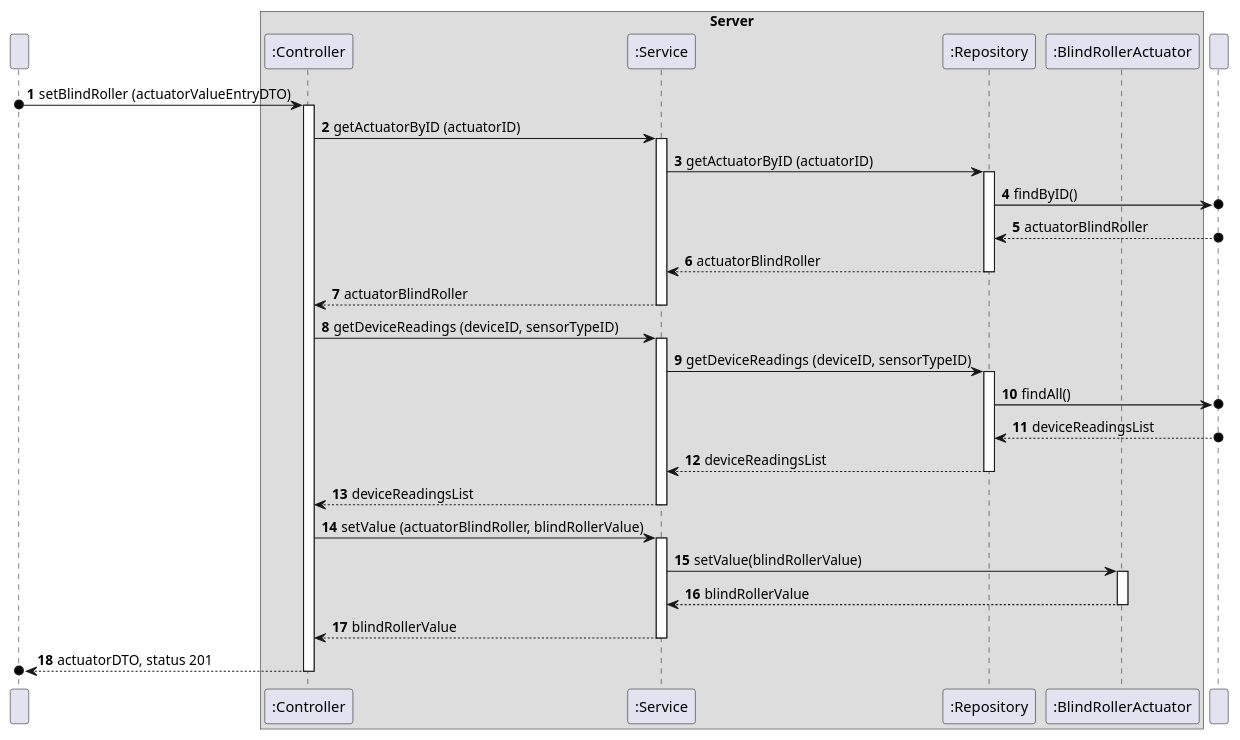
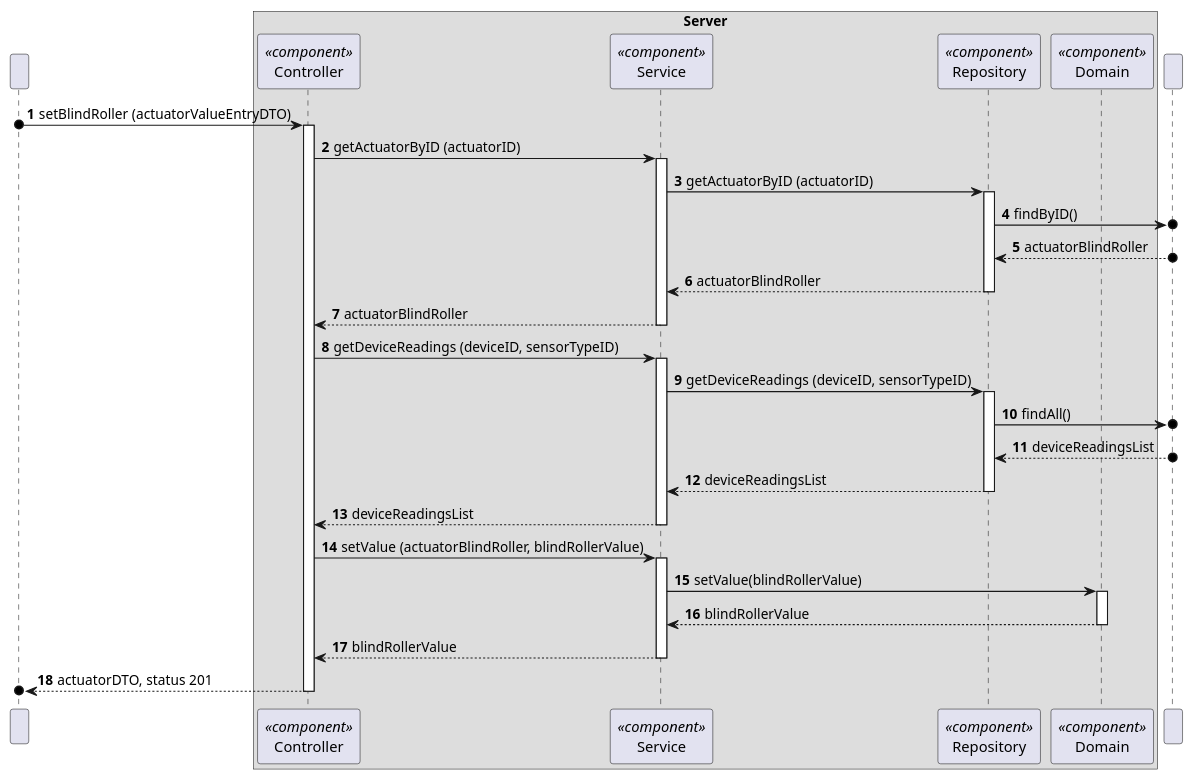
The diagram in docs/C4_4plus1_models/Level4/ProcessView/ProcessViewLevel4_UC16.puml (moutajDev/smarthome), drawn with PlantUML before and after one commit. The commit also changed 46 other files, not shown here.

```diff
--- a/docs/C4_4plus1_models/Level4/ProcessView/ProcessViewLevel4_UC16.puml
+++ b/docs/C4_4plus1_models/Level4/ProcessView/ProcessViewLevel4_UC16.puml
@@ -1,71 +1,71 @@
 @startuml
 'https://plantuml.com/sequence-diagram
 !pragma layout smetana
 autonumber
 
 participant " " as HTTP
 
 box "Server"
-    participant ":Controller" as Controller
-    participant Service as ":Service"
-    participant Repository as ":Repository"
-    participant BlindRollerActuator as ":BlindRollerActuator"
+    participant "Controller" as Controller<<component>>
+    participant Service as "Service"<<component>>
+    participant Repository as "Repository"<<component>>
+    participant Domain as "Domain"<<component>>
 
     end box
 
     participant DataBase as " "
 
 
 HTTP o-> Controller: setBlindRoller (actuatorValueEntryDTO)
 activate Controller
 
 Controller -> Service: getActuatorByID (actuatorID)
 activate Service
 
 Service -> Repository: getActuatorByID (actuatorID)
 activate Repository
 
 Repository ->o DataBase: findByID()
 
 DataBase o--> Repository: actuatorBlindRoller
 
 Repository --> Service: actuatorBlindRoller
 deactivate Repository
 
 Service --> Controller: actuatorBlindRoller
 deactivate Service
 
 Controller -> Service: getDeviceReadings (deviceID, sensorTypeID)
 activate Service
 
 Service -> Repository: getDeviceReadings (deviceID, sensorTypeID)
 activate Repository
 
 Repository ->o DataBase: findAll()
 
 DataBase o--> Repository: deviceReadingsList
 
 Repository --> Service: deviceReadingsList
 deactivate Repository
 
 Service --> Controller: deviceReadingsList
 deactivate Service
 
 Controller -> Service: setValue (actuatorBlindRoller, blindRollerValue)
 activate Service
 
-Service -> BlindRollerActuator: setValue(blindRollerValue)
-activate BlindRollerActuator
+Service -> Domain: setValue(blindRollerValue)
+activate Domain
 
-BlindRollerActuator --> Service: blindRollerValue
-deactivate BlindRollerActuator
+Domain --> Service: blindRollerValue
+deactivate Domain
 
 Service --> Controller: blindRollerValue
 deactivate Service
 
 
 Controller -->o HTTP: actuatorDTO, status 201
 deactivate Controller
 
 
 @enduml
```
